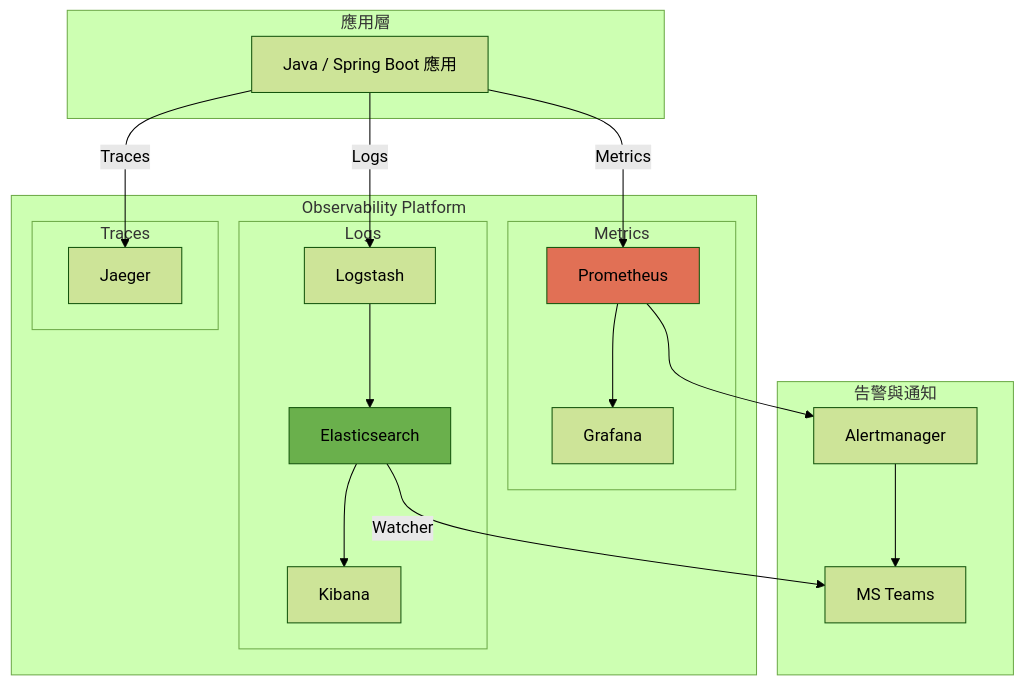
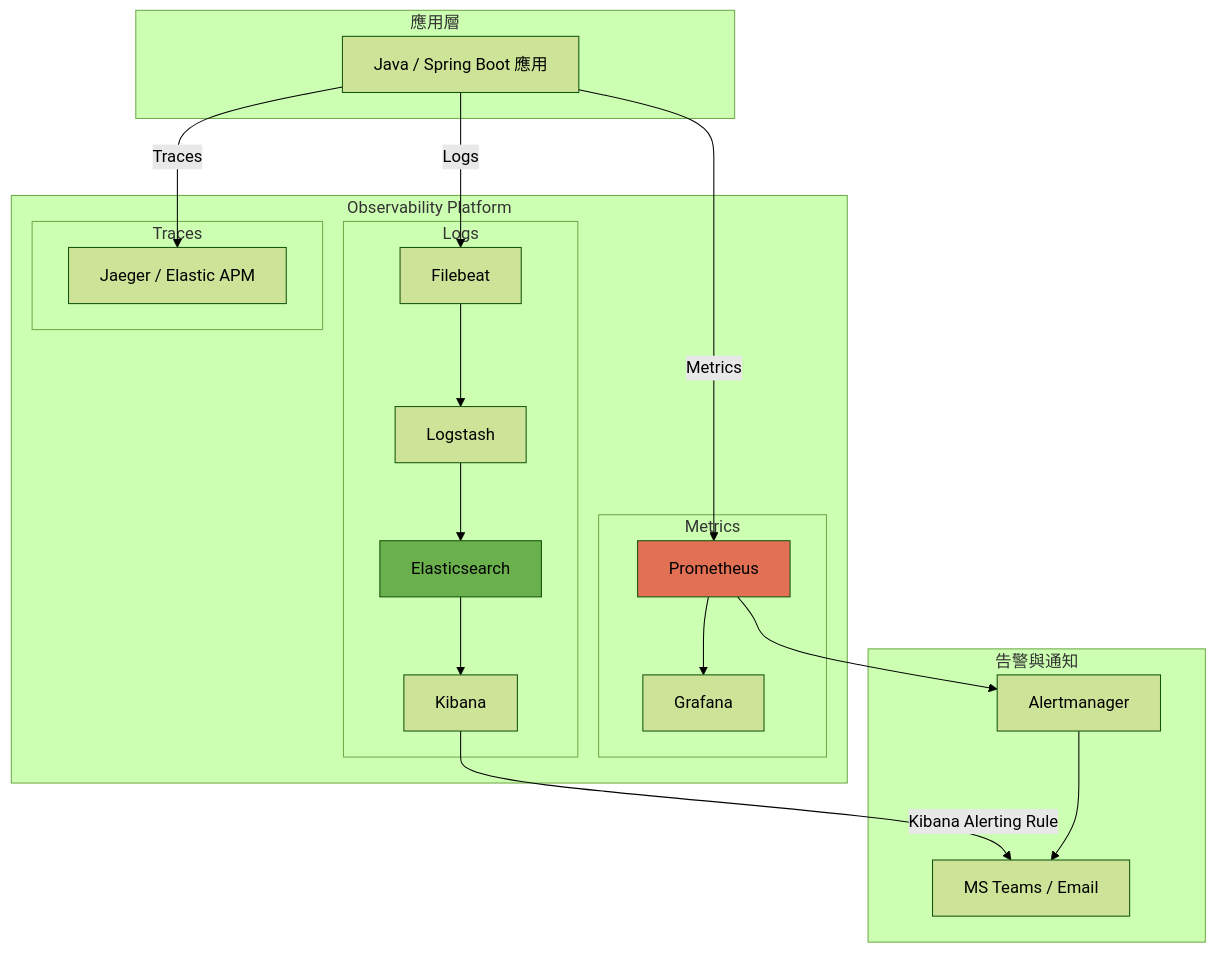
Before and after one commit to chihhung/Blog: the fourth of 28 diagrams in content/posts/教學/工具/ELK-Stack教學手冊.md, drawn with Mermaid (forest theme). The commit also changed other lines of this file and 8 other files, not shown here.

````diff
--- a/content/posts/教學/工具/ELK-Stack教學手冊.md
+++ b/content/posts/教學/工具/ELK-Stack教學手冊.md
@@ -211,41 +502,42 @@
 ```mermaid
 graph TB
     subgraph "應用層"
         App[Java / Spring Boot 應用]
     end
-    
+
     subgraph "Observability Platform"
         subgraph "Metrics"
             Prom[Prometheus]
             Graf[Grafana]
         end
-        
+
         subgraph "Logs"
+            FB[Filebeat]
             LS[Logstash]
             ES[Elasticsearch]
             Kib[Kibana]
         end
-        
+
         subgraph "Traces"
-            Jaeg[Jaeger]
+            Trc[Jaeger / Elastic APM]
         end
     end
-    
+
     subgraph "告警與通知"
         AM[Alertmanager]
-        Teams[MS Teams]
+        Teams[MS Teams / Email]
     end
-    
+
     App -->|"Metrics"| Prom
-    App -->|"Logs"| LS
-    App -->|"Traces"| Jaeg
-    
+    App -->|"Logs"| FB
+    App -->|"Traces"| Trc
+
     Prom --> Graf
-    LS --> ES --> Kib
-    
+    FB --> LS --> ES --> Kib
+
     Prom --> AM --> Teams
-    ES -->|"Watcher"| Teams
-    
+    Kib -->|"Kibana Alerting Rule"| Teams
+
     style ES fill:#6ab04c
     style Prom fill:#e17055
 ```
````
